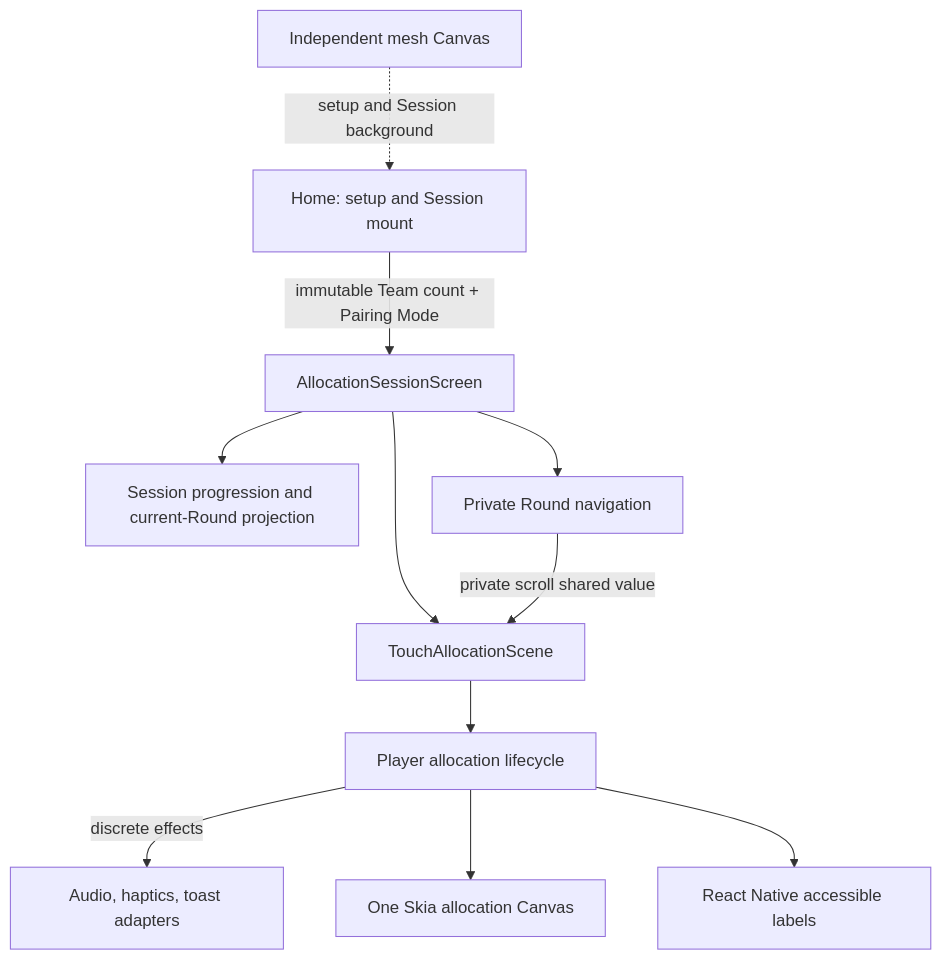
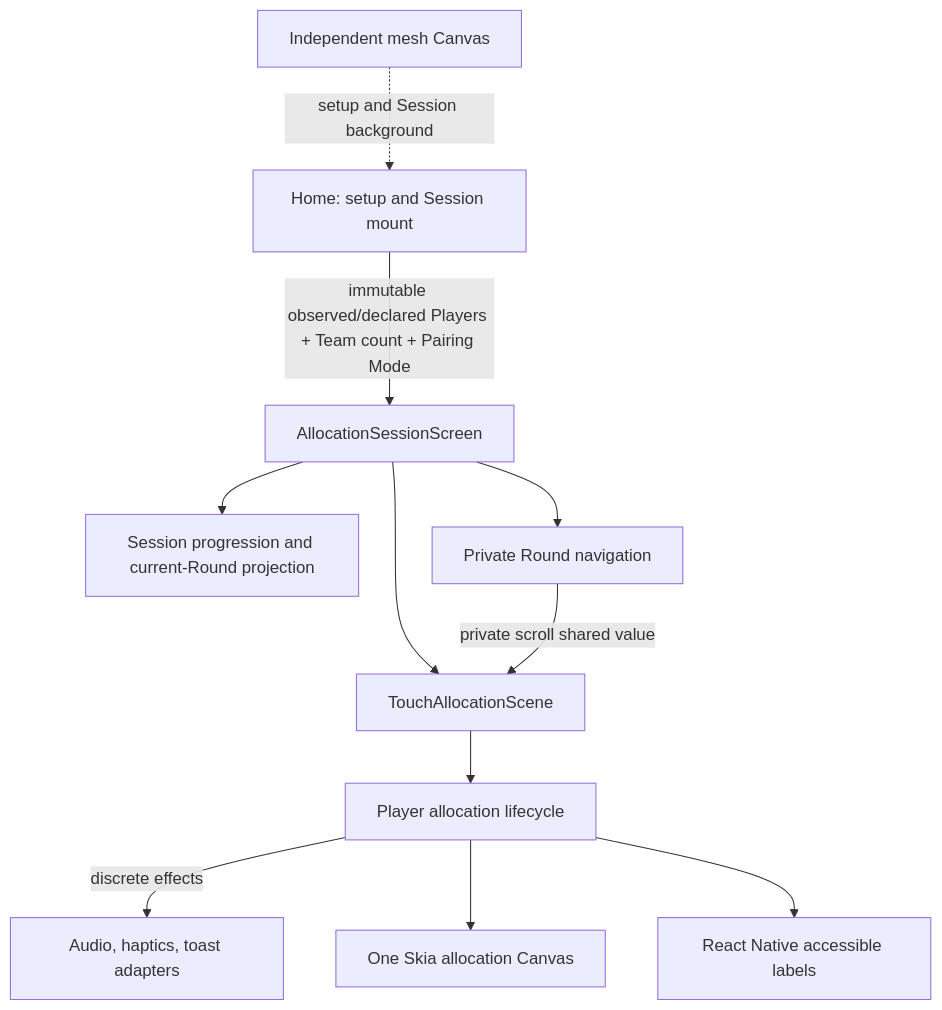
The diagram in docs/allocation-architecture.md (doncarlo5/chooseyourteam), drawn with Mermaid before and after one commit. The commit also changed other lines of this file and 36 other files, not shown here.

````diff
--- a/docs/allocation-architecture.md
+++ b/docs/allocation-architecture.md
@@ -7,24 +7,24 @@
 ```mermaid
 flowchart TD
   Home[Home: setup and Session mount]
   Session[AllocationSessionScreen]
   State[Session progression and current-Round projection]
   Navigation[Private Round navigation]
   Scene[TouchAllocationScene]
   Lifecycle[Player allocation lifecycle]
   Feedback[Audio, haptics, toast adapters]
   Canvas[One Skia allocation Canvas]
   Labels[React Native accessible labels]
   Mesh[Independent mesh Canvas]
 
-  Home -->|immutable Team count + Pairing Mode| Session
+  Home -->|immutable observed/declared Players + Team count + Pairing Mode| Session
   Session --> State
   Session --> Navigation
   Session --> Scene
   Navigation -->|private scroll shared value| Scene
   Scene --> Lifecycle
   Lifecycle -->|discrete effects| Feedback
   Lifecycle --> Canvas
   Lifecycle --> Labels
   Mesh -. setup and Session background .-> Home
 ```
````
